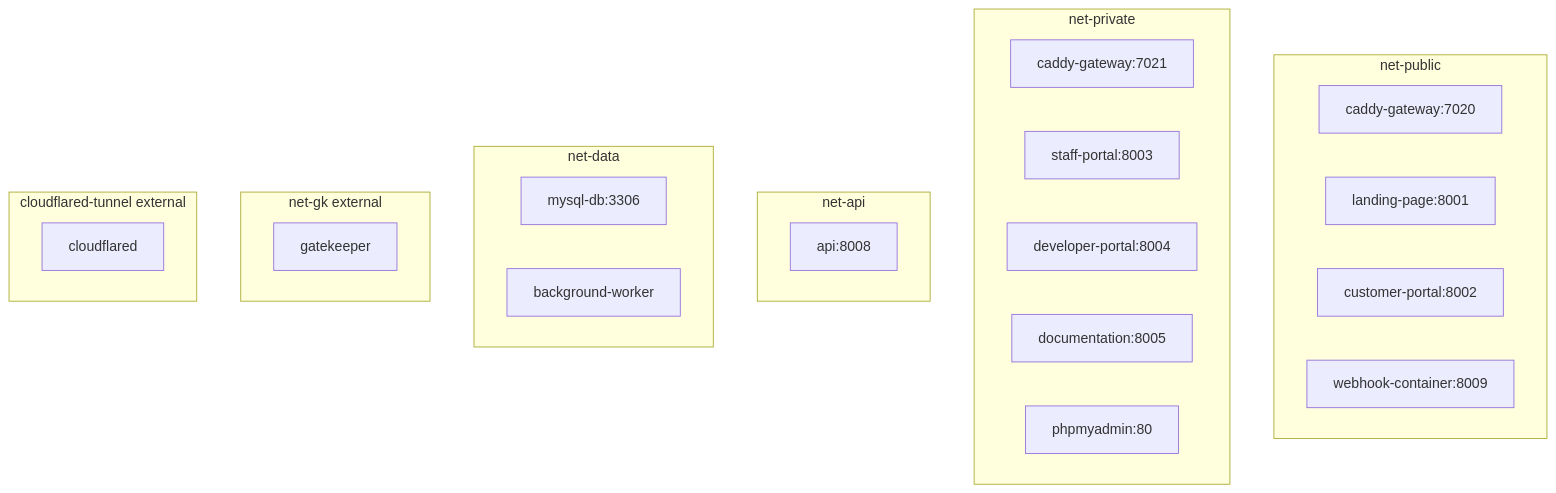
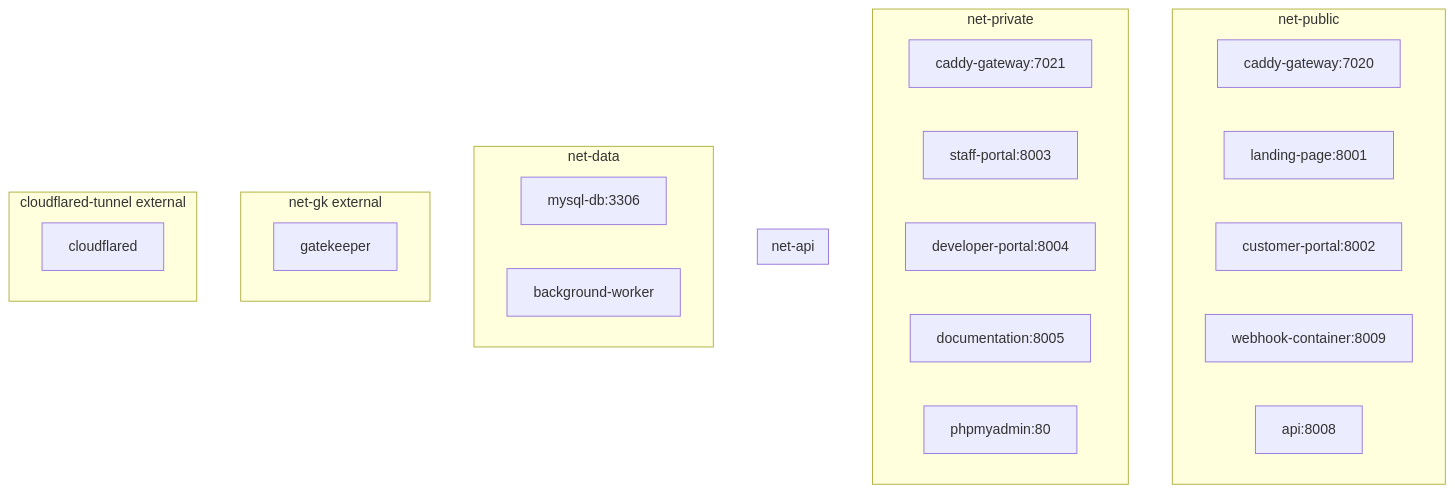
Before and after one commit to NovaProtocol/WaterBillingSystem: the diagram in documentation/docs/bill-server/deployment.md, drawn with Mermaid. The commit also changed other lines of this file and 14 other files, not shown here.

````diff
--- a/documentation/docs/bill-server/deployment.md
+++ b/documentation/docs/bill-server/deployment.md
@@ -42,47 +42,47 @@
 ```mermaid
 graph TB
     subgraph "net-public"
         C1[caddy-gateway:7020]
         LP[landing-page:8001]
         CP[customer-portal:8002]
         WH[webhook-container:8009]
+        API[api:8008]
     end
 
     subgraph "net-private"
         C2[caddy-gateway:7021]
         SP[staff-portal:8003]
         DP[developer-portal:8004]
         DOC[documentation:8005]
         PMA[phpmyadmin:80]
     end
 
     subgraph "net-api"
-        API[api:8008]
         CP
         SP
         DP
         WH
+        API
     end
 
     subgraph "net-data"
         DB[mysql-db:3306]
         API
         WORKER[background-worker]
         PMA
     end
 
     subgraph "net-gk external"
         CP
         SP
         DP
-        WH
         DOC
         GK[gatekeeper]
     end
 
     subgraph "cloudflared-tunnel external"
         C1
         C2
         CF[cloudflared]
     end
 ```
````
